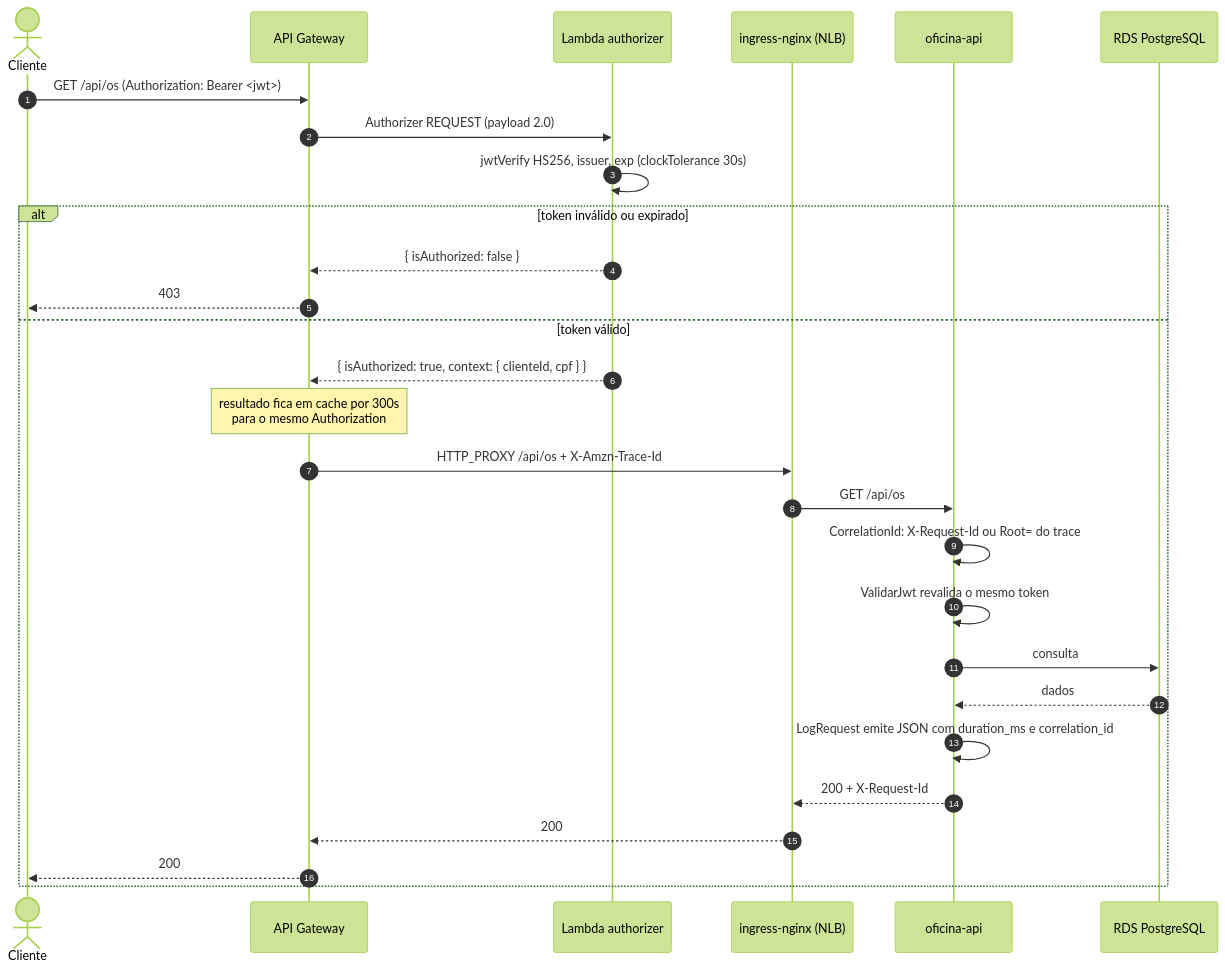
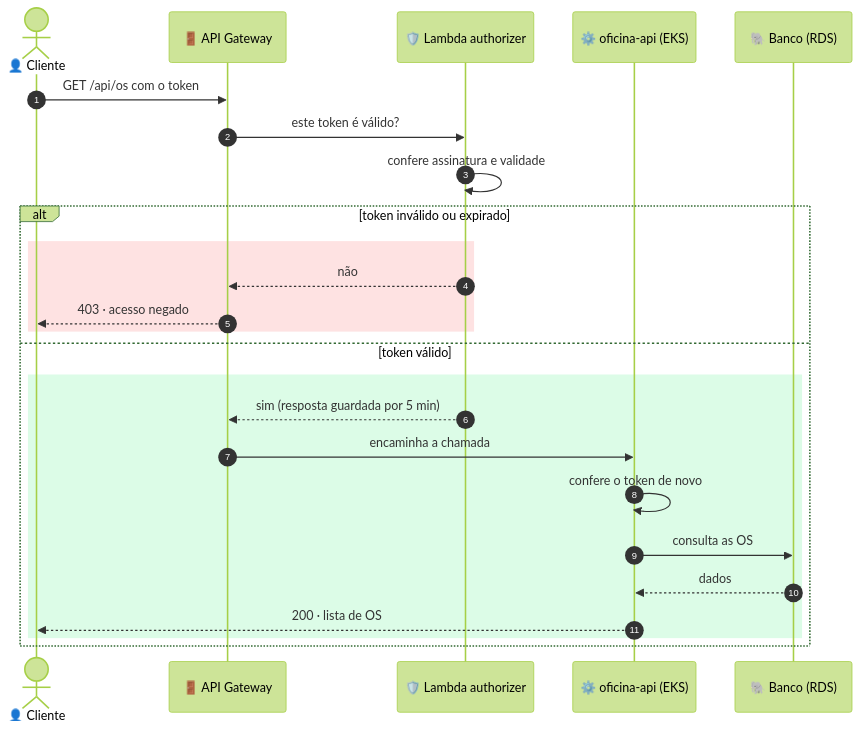
The second of 2 diagrams in docs/arquitetura/sequencia-auth.md (Lorenalgm/oficina_mecanica), drawn with Mermaid (forest theme) before and after one commit. The commit also changed other lines of this file and 6 other files, not shown here.

First line of the commit message:
docs: README da Fase 3, diagrama ER e diagramas revisados

````diff
--- a/docs/arquitetura/sequencia-auth.md
+++ b/docs/arquitetura/sequencia-auth.md
@@ -43,32 +50,29 @@
 ```mermaid
 sequenceDiagram
     autonumber
-    actor C as Cliente
-    participant GW as API Gateway
-    participant AZ as Lambda authorizer
-    participant NG as ingress-nginx (NLB)
-    participant API as oficina-api
-    participant DB as RDS PostgreSQL
+    actor C as 👤 Cliente
+    participant GW as 🚪 API Gateway
+    participant AZ as 🛡️ Lambda authorizer
+    participant API as ⚙️ oficina-api (EKS)
+    participant DB as 🐘 Banco (RDS)
 
-    C->>GW: GET /api/os  (Authorization: Bearer <jwt>)
-    GW->>AZ: Authorizer REQUEST (payload 2.0)
-    AZ->>AZ: jwtVerify HS256, issuer, exp (clockTolerance 30s)
+    C->>GW: GET /api/os com o token
+    GW->>AZ: este token é válido?
+    AZ->>AZ: confere assinatura e validade
 
     alt token inválido ou expirado
-        AZ-->>GW: { isAuthorized: false }
-        GW-->>C: 403
+        rect rgb(254, 226, 226)
+            AZ-->>GW: não
+            GW-->>C: 403 · acesso negado
+        end
     else token válido
-        AZ-->>GW: { isAuthorized: true, context: { clienteId, cpf } }
-        Note over GW: resultado fica em cache por 300s<br/>para o mesmo Authorization
-        GW->>NG: HTTP_PROXY /api/os + X-Amzn-Trace-Id
-        NG->>API: GET /api/os
-        API->>API: CorrelationId: X-Request-Id ou Root= do trace
-        API->>API: ValidarJwt revalida o mesmo token
-        API->>DB: consulta
-        DB-->>API: dados
-        API->>API: LogRequest emite JSON com duration_ms e correlation_id
-        API-->>NG: 200 + X-Request-Id
-        NG-->>GW: 200
-        GW-->>C: 200
+        rect rgb(220, 252, 231)
+            AZ-->>GW: sim (resposta guardada por 5 min)
+            GW->>API: encaminha a chamada
+            API->>API: confere o token de novo
+            API->>DB: consulta as OS
+            DB-->>API: dados
+            API-->>C: 200 · lista de OS
+        end
     end
 ```
````
